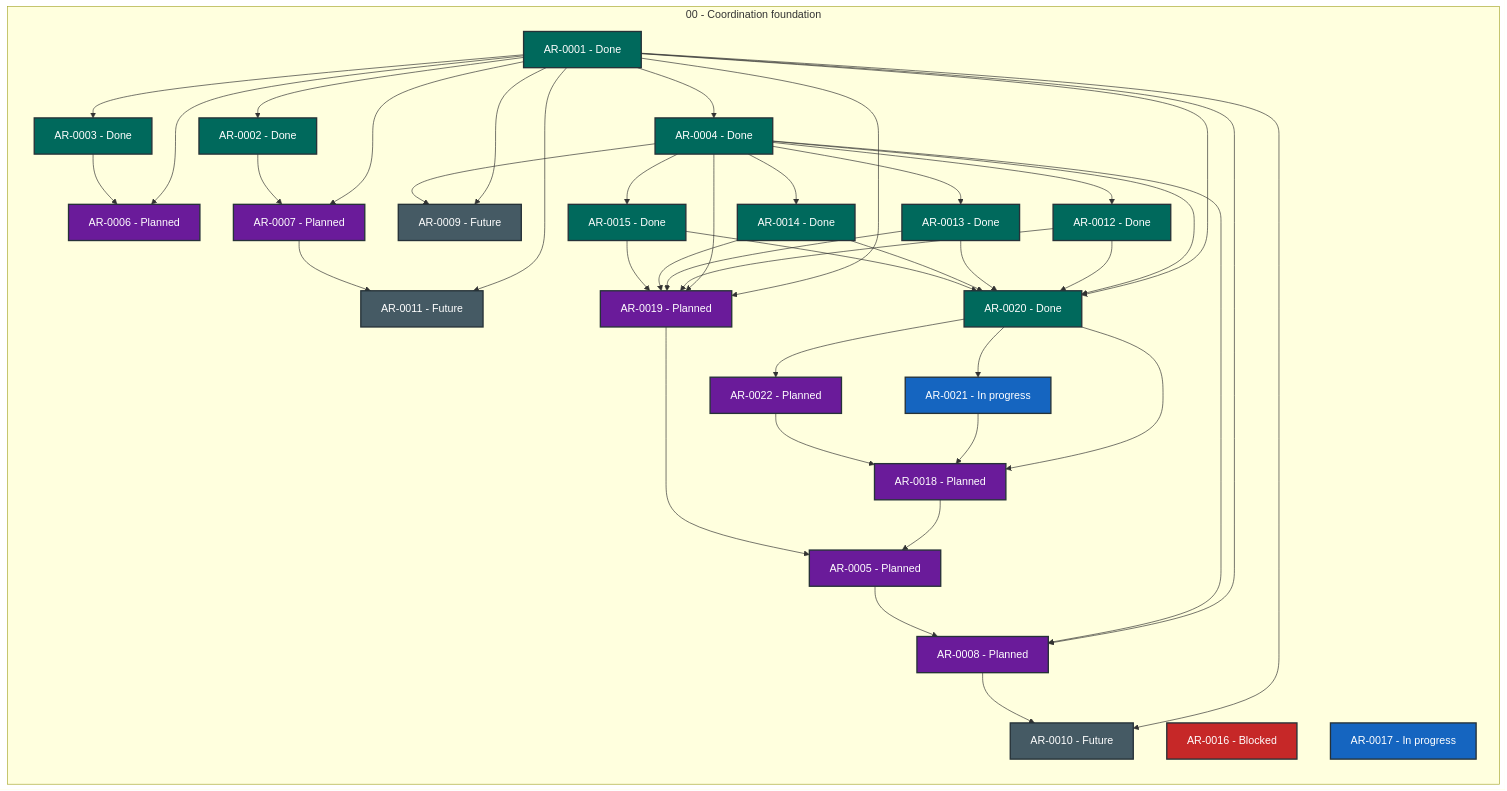
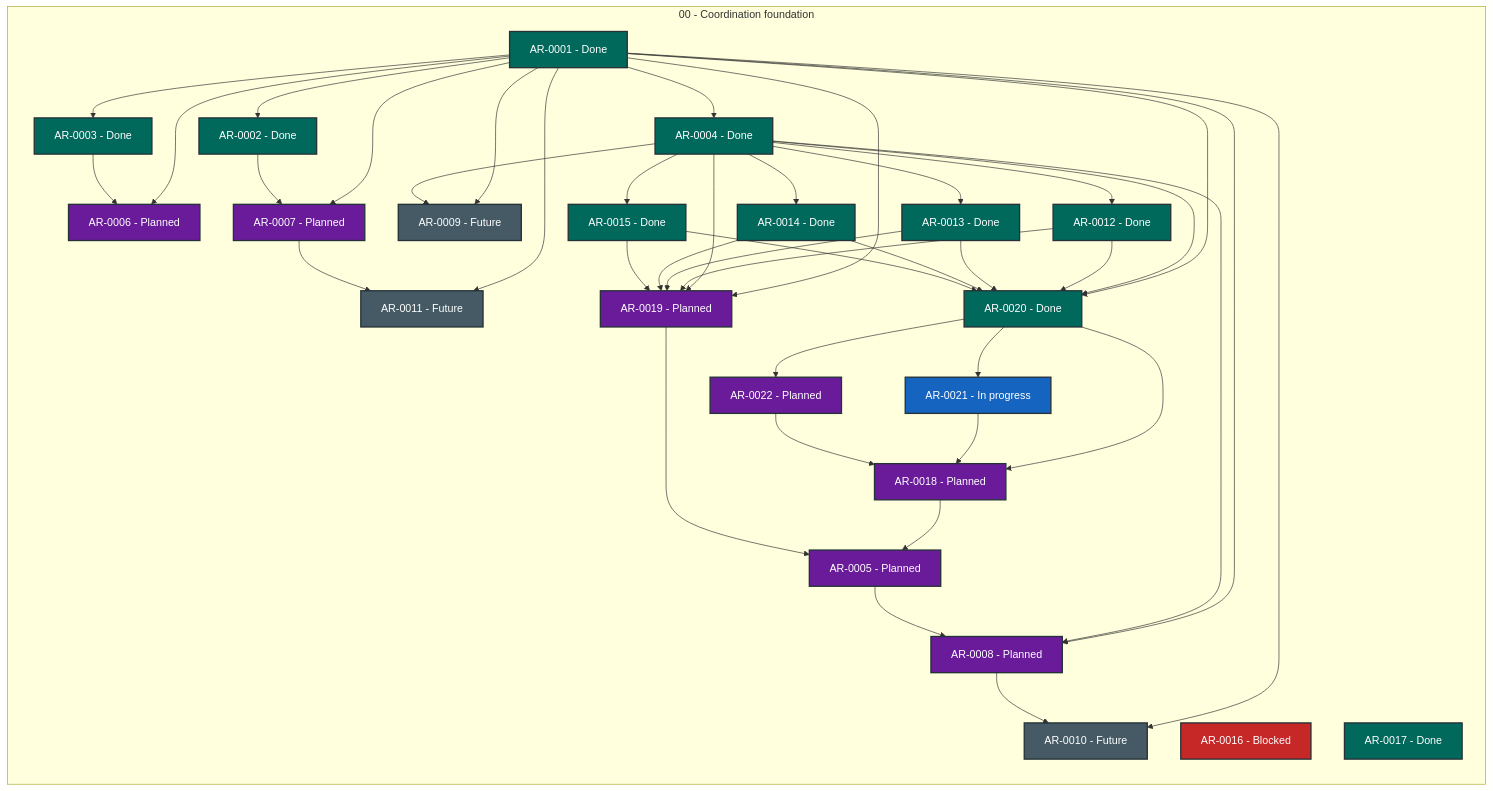
One commit to martin-beck/agent-workflow-quality-state changed the diagram in STATUS.md. Above: the diagram before and after it, drawn with Mermaid. The commit also changed other lines of this file and 2 other files, not shown here.

````diff
--- a/STATUS.md
+++ b/STATUS.md
@@ -27,75 +27,75 @@
 ```mermaid
 flowchart LR
     subgraph series_00["00 - Coordination foundation"]
         direction TB
         AR_0001["AR-0001 - Done"]:::status_done
         AR_0002["AR-0002 - Done"]:::status_done
         AR_0003["AR-0003 - Done"]:::status_done
         AR_0004["AR-0004 - Done"]:::status_done
         AR_0005["AR-0005 - Planned"]:::status_planned
         AR_0006["AR-0006 - Planned"]:::status_planned
         AR_0007["AR-0007 - Planned"]:::status_planned
         AR_0008["AR-0008 - Planned"]:::status_planned
         AR_0009["AR-0009 - Future"]:::status_future
         AR_0010["AR-0010 - Future"]:::status_future
         AR_0011["AR-0011 - Future"]:::status_future
         AR_0012["AR-0012 - Done"]:::status_done
         AR_0013["AR-0013 - Done"]:::status_done
         AR_0014["AR-0014 - Done"]:::status_done
         AR_0015["AR-0015 - Done"]:::status_done
         AR_0016["AR-0016 - Blocked"]:::status_blocked
-        AR_0017["AR-0017 - In progress"]:::status_in_progress
+        AR_0017["AR-0017 - Done"]:::status_done
         AR_0018["AR-0018 - Planned"]:::status_planned
         AR_0019["AR-0019 - Planned"]:::status_planned
         AR_0020["AR-0020 - Done"]:::status_done
         AR_0021["AR-0021 - In progress"]:::status_in_progress
         AR_0022["AR-0022 - Planned"]:::status_planned
     end
     AR_0001 --> AR_0002
     AR_0001 --> AR_0003
     AR_0001 --> AR_0004
     AR_0001 --> AR_0006
     AR_0001 --> AR_0007
     AR_0001 --> AR_0008
     AR_0001 --> AR_0009
     AR_0001 --> AR_0010
     AR_0001 --> AR_0011
     AR_0001 --> AR_0019
     AR_0001 --> AR_0020
     AR_0002 --> AR_0007
     AR_0003 --> AR_0006
     AR_0004 --> AR_0008
     AR_0004 --> AR_0009
     AR_0004 --> AR_0012
     AR_0004 --> AR_0013
     AR_0004 --> AR_0014
     AR_0004 --> AR_0015
     AR_0004 --> AR_0019
     AR_0004 --> AR_0020
     AR_0005 --> AR_0008
     AR_0007 --> AR_0011
     AR_0008 --> AR_0010
     AR_0012 --> AR_0019
     AR_0012 --> AR_0020
     AR_0013 --> AR_0019
     AR_0013 --> AR_0020
     AR_0014 --> AR_0019
     AR_0014 --> AR_0020
     AR_0015 --> AR_0019
     AR_0015 --> AR_0020
     AR_0018 --> AR_0005
     AR_0019 --> AR_0005
     AR_0020 --> AR_0018
     AR_0020 --> AR_0021
     AR_0020 --> AR_0022
     AR_0021 --> AR_0018
     AR_0022 --> AR_0018
     classDef status_in_progress fill:#1565c0,color:#ffffff,stroke:#263238,stroke-width:2px
     classDef status_open fill:#2e7d32,color:#ffffff,stroke:#263238,stroke-width:2px
     classDef status_blocked fill:#c62828,color:#ffffff,stroke:#263238,stroke-width:2px
     classDef status_planned fill:#6a1b9a,color:#ffffff,stroke:#263238,stroke-width:2px
     classDef status_future fill:#455a64,color:#ffffff,stroke:#263238,stroke-width:2px
     classDef status_done fill:#00695c,color:#ffffff,stroke:#263238,stroke-width:2px
     classDef status_cancelled fill:#616161,color:#ffffff,stroke:#263238,stroke-width:2px
     classDef status_superseded fill:#5d4037,color:#ffffff,stroke:#263238,stroke-width:2px
 ```
````
